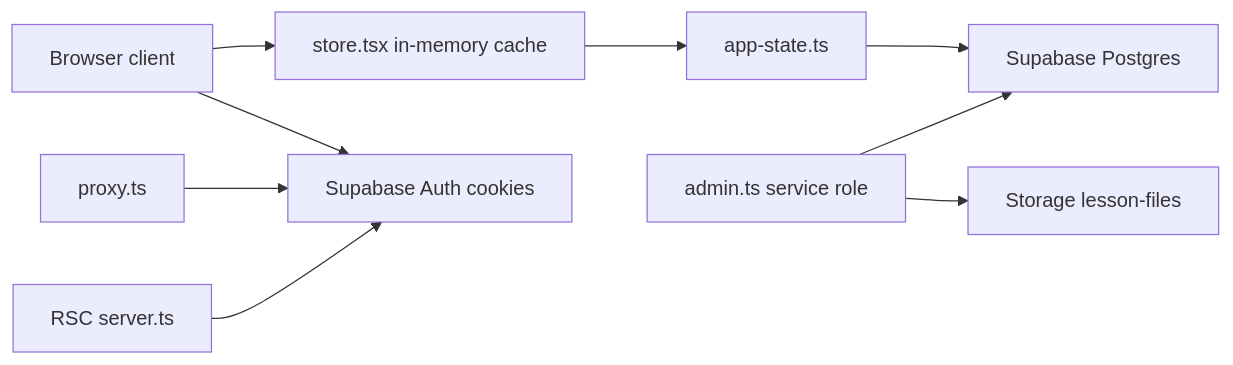
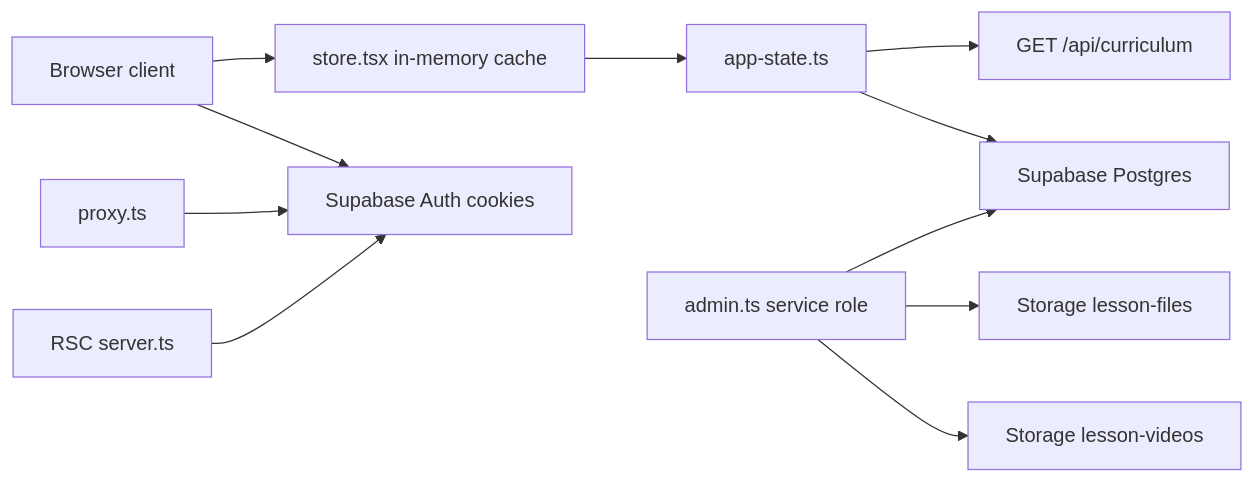
One commit to Lukho-1211/EmberMaths12 changed the diagram in docs/tech_stack.md. Above: the diagram before and after it, drawn with Mermaid. The commit also changed other lines of this file and 168 other files, not shown here.

````diff
--- a/docs/tech_stack.md
+++ b/docs/tech_stack.md
@@ -32,11 +32,13 @@
 ```mermaid
 flowchart LR
   Browser["Browser client"] --> Store["store.tsx in-memory cache"]
   Store --> AppState["app-state.ts"]
+  AppState --> CurriculumAPI["GET /api/curriculum"]
   AppState --> Postgres["Supabase Postgres"]
   Browser --> Auth["Supabase Auth cookies"]
   Proxy["proxy.ts"] --> Auth
   Server["RSC server.ts"] --> Auth
   AdminAPI["admin.ts service role"] --> Postgres
-  AdminAPI --> Storage["Storage lesson-files"]
+  AdminAPI --> LessonFiles["Storage lesson-files"]
+  AdminAPI --> LessonVideos["Storage lesson-videos"]
 ```
````
